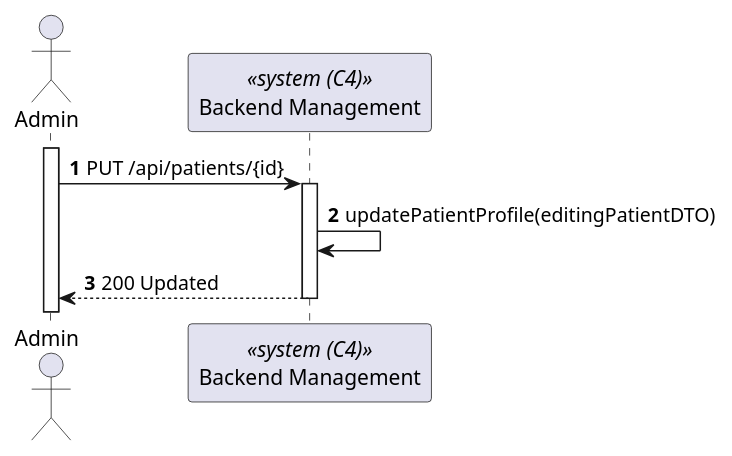
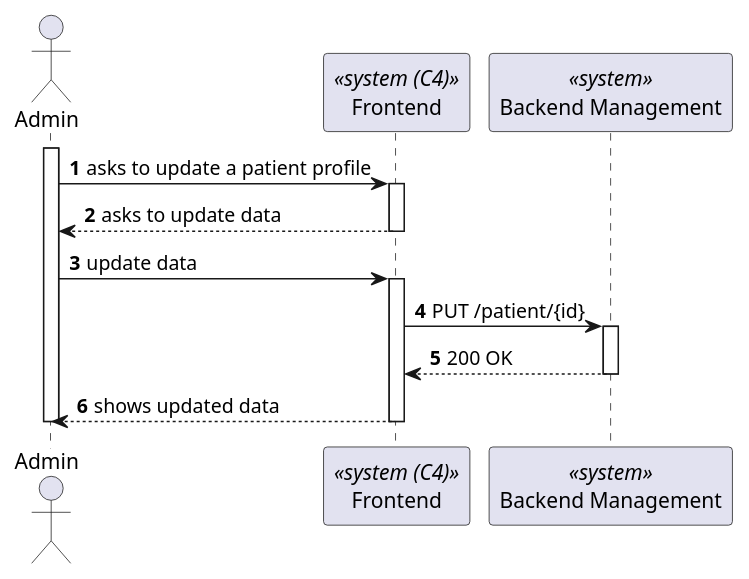
The diagram in docs/sprintB/PatientProfileUpdate/views/level2/process-view.puml (Lapr5G21/sem5pi-24-25-3ddg21), drawn with PlantUML before and after one commit. The commit also changed 10 other files, not shown here.

Commit message:
patient profile edit - sprint b docs

```diff
--- a/docs/sprintB/PatientProfileUpdate/views/level2/process-view.puml
+++ b/docs/sprintB/PatientProfileUpdate/views/level2/process-view.puml
@@ -1,16 +1,31 @@
 @startuml PatientProfileUpdate(level2)
 
 autonumber
 actor Admin as "Admin"
-participant SYS as "Backend Management" <<system (C4)>>
+participant Frontend as "Frontend" <<system (C4)>>
+participant SYS as "Backend Management" <<system>>
 
 activate Admin
-Admin -> SYS : PUT /api/patients/{id}
-activate SYS
 
-SYS -> SYS : updatePatientProfile(editingPatientDTO)
-SYS --> Admin : 200 Updated
-deactivate SYS
+    Admin -> Frontend : asks to update a patient profile
+    activate Frontend
+
+        Frontend --> Admin : asks to update data
+        deactivate Frontend
+
+    Admin -> Frontend : update data
+    activate Frontend
+
+        Frontend -> SYS : PUT /patient/{id}
+        activate SYS
+
+            Frontend <-- SYS : 200 OK
+            deactivate SYS
+
+    Frontend --> Admin : shows updated data
+    deactivate Frontend
+    
+deactivate Admin
 
 
 @enduml
```
